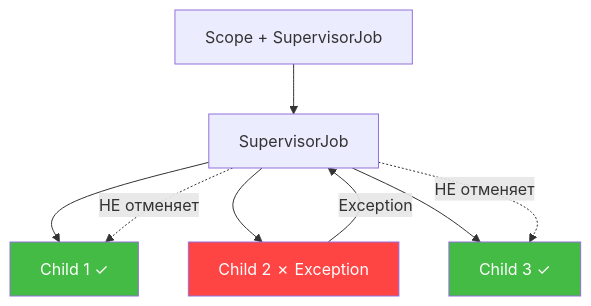
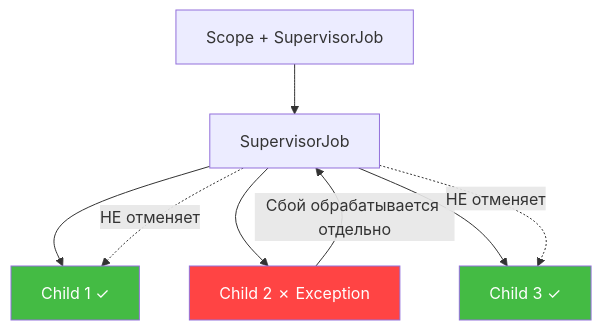
Before and after one commit to akeverus/cheat-sheet: the seventh of 9 diagrams in cheatsheets/interview/programming-languages/kotlin/kotlin-coroutines-interview.md, drawn with Mermaid. The commit also changed other lines of this file and 154 other files, not shown here.

````diff
--- a/cheatsheets/interview/programming-languages/kotlin/kotlin-coroutines-interview.md
+++ b/cheatsheets/interview/programming-languages/kotlin/kotlin-coroutines-interview.md
@@ -716,15 +716,15 @@
 ```mermaid
 graph TD
     S[Scope + SupervisorJob] --> SJ[SupervisorJob]
     SJ --> C1[Child 1 ✓]
     SJ --> C2[Child 2 ✗ Exception]
     SJ --> C3[Child 3 ✓]
 
-    C2 -->|"Exception"| SJ
+    C2 -->|"Сбой обрабатывается отдельно"| SJ
     SJ -.->|"НЕ отменяет"| C1
     SJ -.->|"НЕ отменяет"| C3
 
     style C2 fill:#ff4444,color:#fff
     style C1 fill:#44bb44,color:#fff
     style C3 fill:#44bb44,color:#fff
 ```
````
